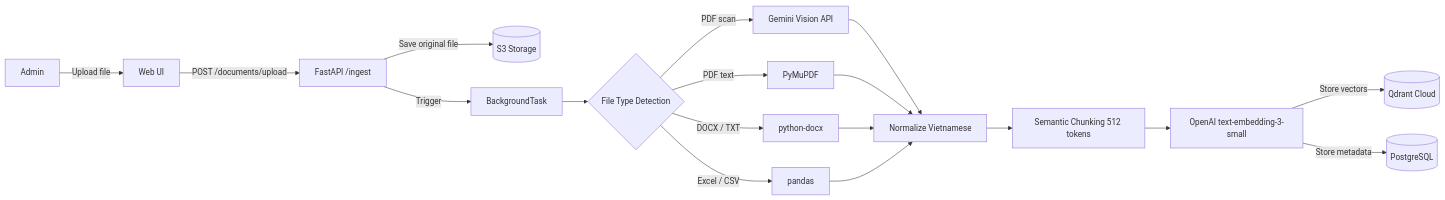
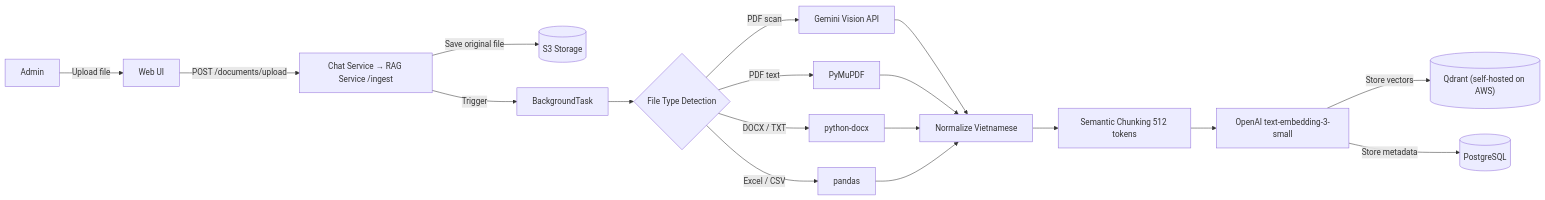
Before and after one commit to cds0987/DA08-VSF-AI: the second of 4 diagrams in docs/SA_RAG_Chatbot_Final.md, drawn with Mermaid. The commit also changed other lines of this file and 4 other files, not shown here.

````diff
--- a/docs/SA_RAG_Chatbot_Final.md
+++ b/docs/SA_RAG_Chatbot_Final.md
@@ -193,23 +204,23 @@
 ```mermaid
 graph LR
     ADM["Admin"] -->|Upload file| UI["Web UI"]
-    UI -->|POST /documents/upload| API["FastAPI /ingest"]
+    UI -->|POST /documents/upload| API["Chat Service → RAG Service /ingest"]
     API -->|Save original file| S3[("S3 Storage")]
     API -->|Trigger| BG["BackgroundTask"]
 
     BG --> DET{"File Type Detection"}
     DET -->|PDF scan| GEM["Gemini Vision API"]
     DET -->|PDF text| MU["PyMuPDF"]
     DET -->|DOCX / TXT| DC["python-docx"]
     DET -->|Excel / CSV| PD["pandas"]
 
     GEM --> NORM["Normalize Vietnamese"]
     MU --> NORM
     DC --> NORM
     PD --> NORM
 
     NORM --> CHUNK["Semantic Chunking 512 tokens"]
     CHUNK --> EMBED["OpenAI text-embedding-3-small"]
-    EMBED -->|Store vectors| QD[("Qdrant Cloud")]
+    EMBED -->|Store vectors| QD[("Qdrant (self-hosted on AWS)")]
     EMBED -->|Store metadata| PGM[("PostgreSQL")]
 ```
````
